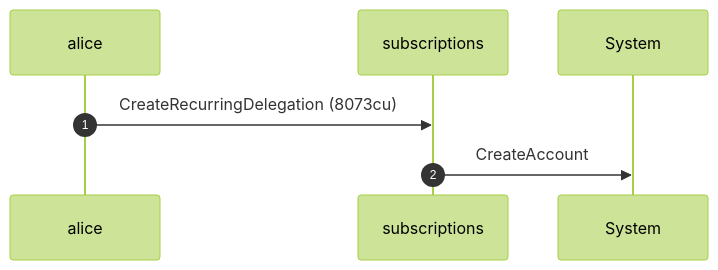
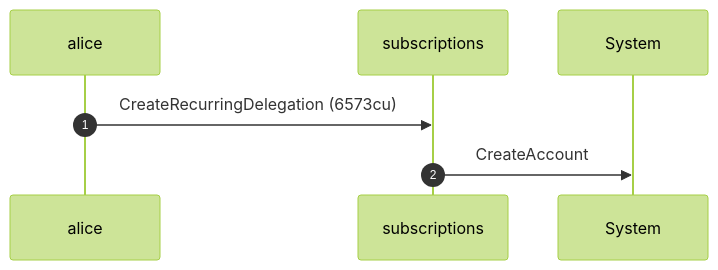
One commit to cds-rs/subscriptions changed the fifth of 8 diagrams in dsl_tests/writable-accounts-must-be-writable--transferrecurring-.md. Above: the diagram before and after it, drawn with Mermaid (forest theme). The commit also changed other lines of this file and 224 other files, not shown here.

````diff
--- a/dsl_tests/writable-accounts-must-be-writable--transferrecurring-.md
+++ b/dsl_tests/writable-accounts-must-be-writable--transferrecurring-.md
@@ -104,9 +110,9 @@
 ```mermaid
 sequenceDiagram
     autonumber
     participant alice
     participant subscriptions
     participant System
-    alice ->> subscriptions: CreateRecurringDelegation (8073cu)
+    alice ->> subscriptions: CreateRecurringDelegation (6573cu)
     subscriptions ->> System: CreateAccount
 ```
````
